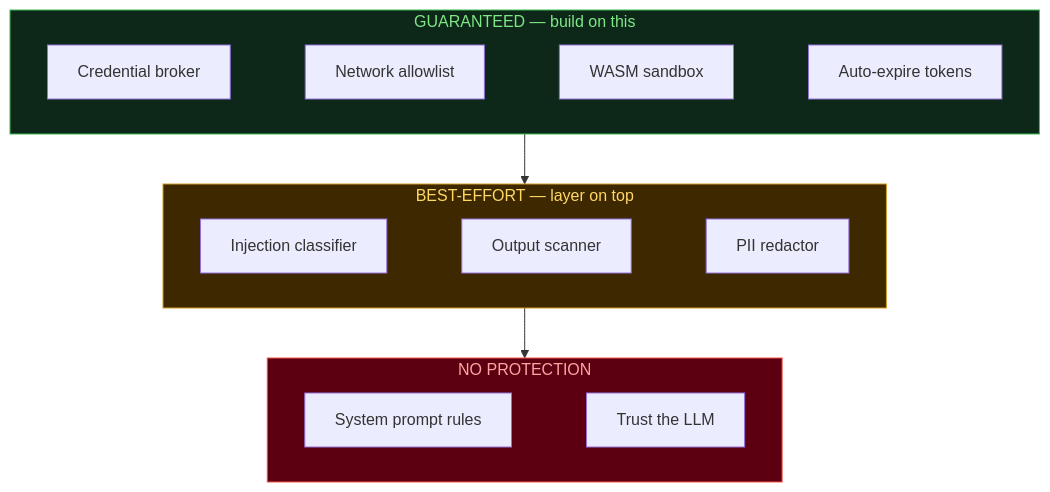
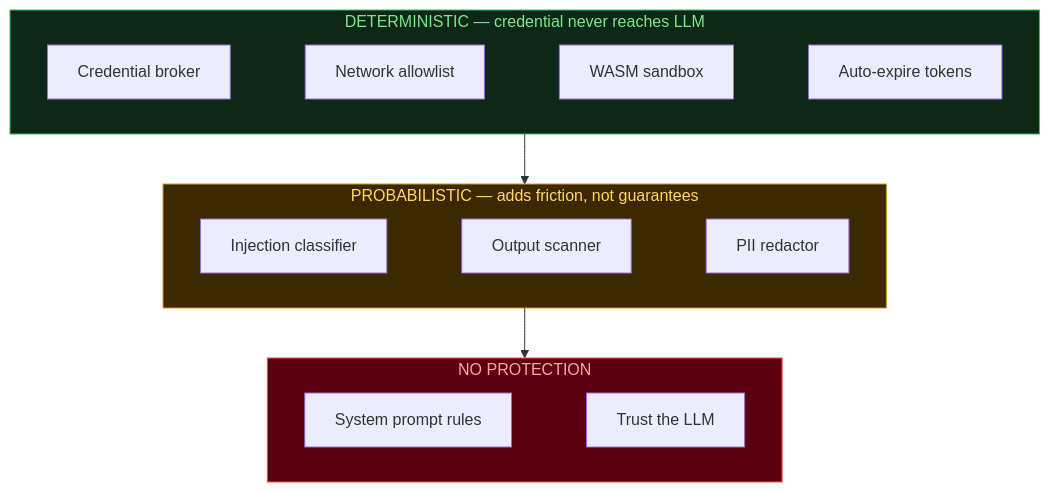
The second of 2 diagrams in README.md (yayashuxue/awesome-ai-auth), drawn with Mermaid before and after one commit. The commit also changed other lines of this file, not shown here.

````diff
--- a/README.md
+++ b/README.md
@@ -99,19 +99,19 @@
 ```mermaid
 graph TB
-    subgraph G["GUARANTEED — build on this"]
+    subgraph G["DETERMINISTIC — credential never reaches LLM"]
         direction LR
         A["Credential broker"] ~~~ B["Network allowlist"] ~~~ C["WASM sandbox"] ~~~ D["Auto-expire tokens"]
     end
-    subgraph BE["BEST-EFFORT — layer on top"]
+    subgraph BE["PROBABILISTIC — adds friction, not guarantees"]
         direction LR
         E["Injection classifier"] ~~~ F["Output scanner"] ~~~ G2["PII redactor"]
     end
     subgraph NONE["NO PROTECTION"]
         direction LR
         H["System prompt rules"] ~~~ I["Trust the LLM"]
     end
     G --> BE --> NONE
     style G fill:#0d2818,stroke:#3fb950,color:#7ee787
     style BE fill:#3d2800,stroke:#d29922,color:#ffd866
     style NONE fill:#5c0011,stroke:#f85149,color:#ffa4a4
 ```
````
